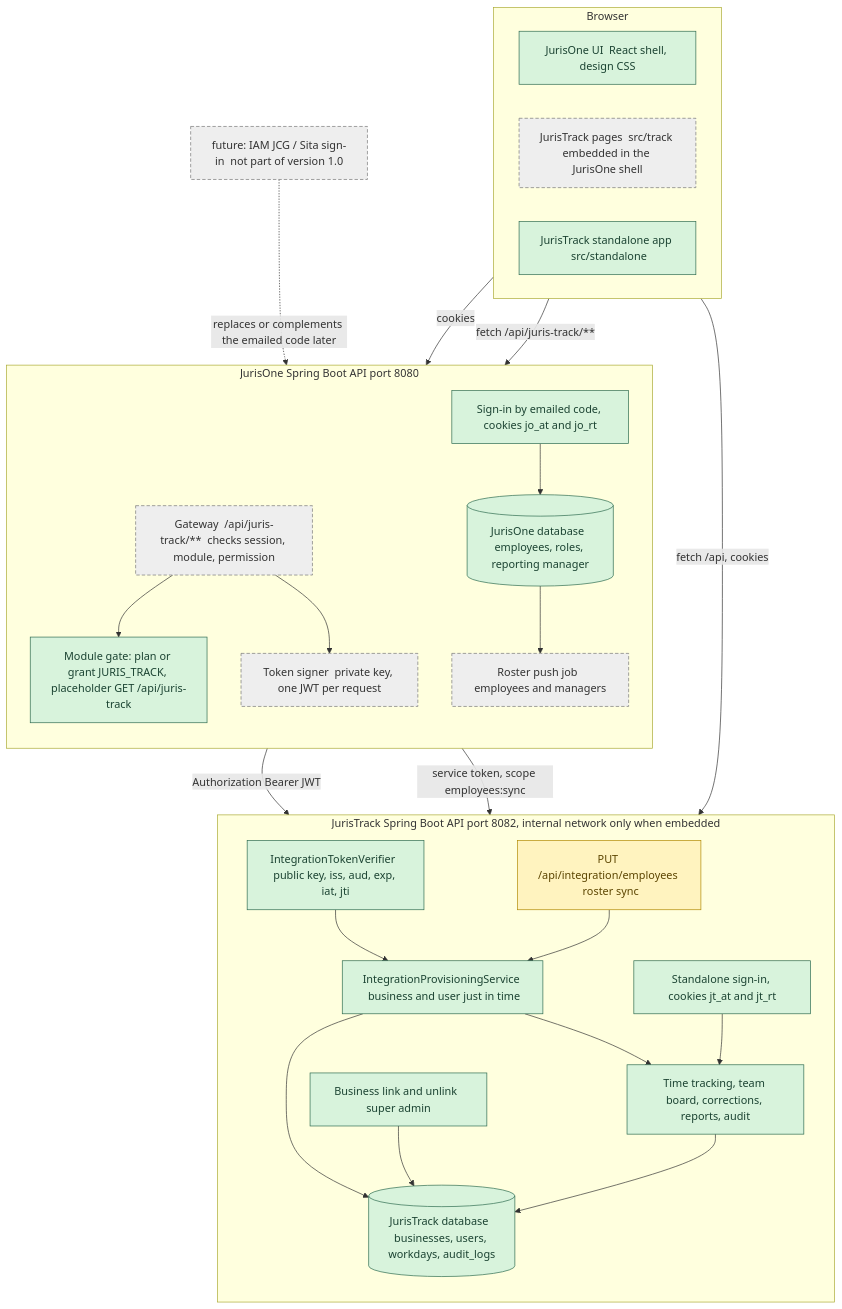
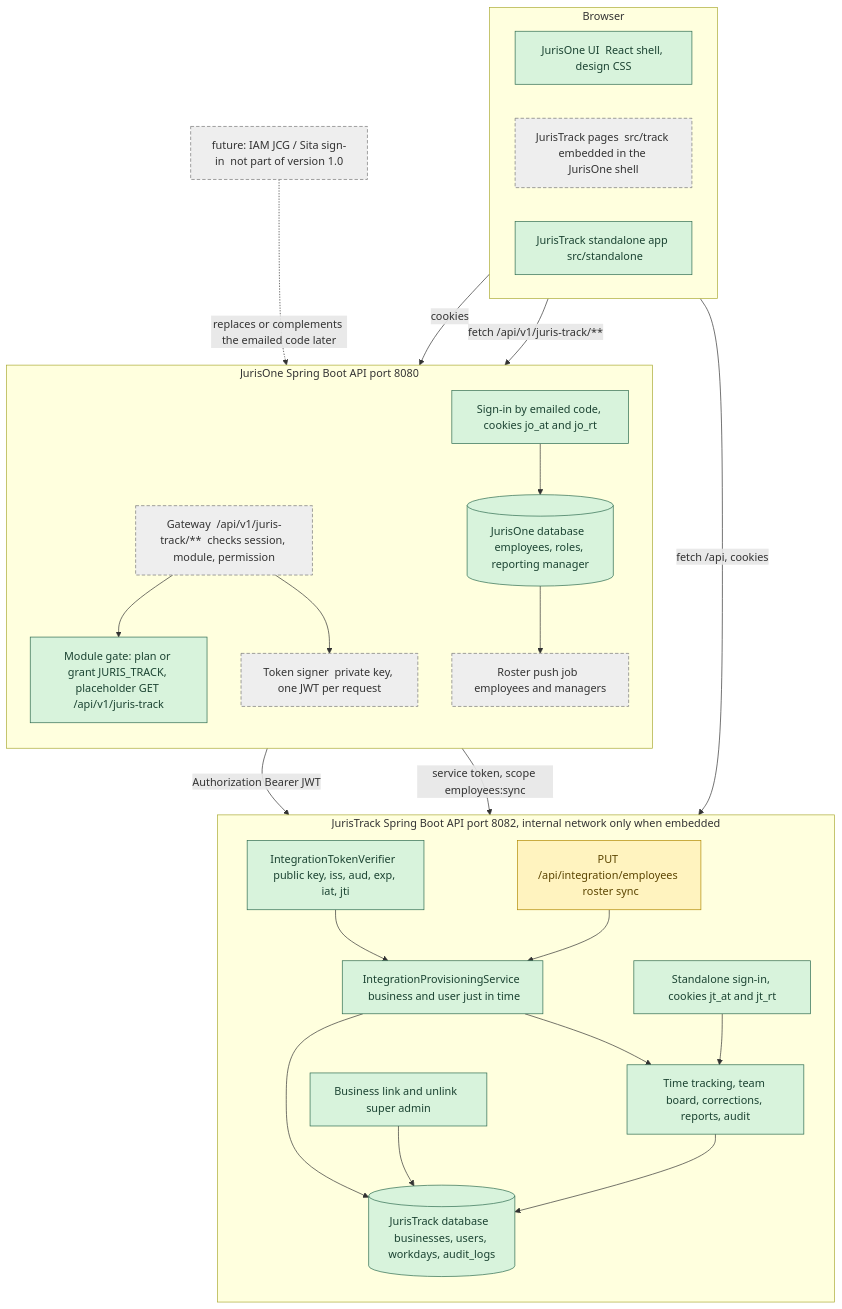
One commit to amitjurislpo/Juris-one changed the second of 6 diagrams in references/FLOW-JurisTrack-JurisOne-Connection.md. Above: the diagram before and after it, drawn with Mermaid. The commit also changed other lines of this file and 95 other files, not shown here.

````diff
--- a/references/FLOW-JurisTrack-JurisOne-Connection.md
+++ b/references/FLOW-JurisTrack-JurisOne-Connection.md
@@ -39,54 +39,54 @@
 ```mermaid
 flowchart TB
     subgraph BROWSER["Browser"]
         direction LR
         UI1["JurisOne UI  React shell, design CSS"]:::built
         UI2["JurisTrack pages  src/track embedded in the JurisOne shell"]:::planned
         UI3["JurisTrack standalone app  src/standalone"]:::built
     end
 
     subgraph JO["JurisOne  Spring Boot  API port 8080"]
         direction TB
         JOAUTH["Sign-in by emailed code, cookies jo_at and jo_rt"]:::built
-        JOGATE["Module gate: plan or grant JURIS_TRACK, placeholder GET /api/juris-track"]:::built
-        GW["Gateway  /api/juris-track/**  checks session, module, permission"]:::planned
+        JOGATE["Module gate: plan or grant JURIS_TRACK, placeholder GET /api/v1/juris-track"]:::built
+        GW["Gateway  /api/v1/juris-track/**  checks session, module, permission"]:::planned
         SIGN["Token signer  private key, one JWT per request"]:::planned
         ROSTERPUSH["Roster push job  employees and managers"]:::planned
         JODB[("JurisOne database  employees, roles, reporting manager")]:::built
     end
 
     subgraph JT["JurisTrack  Spring Boot  API port 8082, internal network only when embedded"]
         direction TB
         VERIFY["IntegrationTokenVerifier  public key, iss, aud, exp, iat, jti"]:::built
         PROV["IntegrationProvisioningService  business and user just in time"]:::built
         LINK["Business link and unlink  super admin"]:::built
         ROSTERAPI["PUT /api/integration/employees  roster sync"]:::specified
         TRACKAUTH["Standalone sign-in, cookies jt_at and jt_rt"]:::built
         CORE["Time tracking, team board, corrections, reports, audit"]:::built
         JTDB[("JurisTrack database  businesses, users, workdays, audit_logs")]:::built
     end
 
     FUTURE["future: IAM JCG / Sita sign-in  not part of version 1.0"]:::planned
 
     UI1 -->|"cookies"| JOAUTH
-    UI2 -->|"fetch /api/juris-track/**"| GW
+    UI2 -->|"fetch /api/v1/juris-track/**"| GW
     UI3 -->|"fetch /api, cookies"| TRACKAUTH
     JOAUTH --> JODB
     GW --> JOGATE
     GW --> SIGN
     SIGN -->|"Authorization Bearer JWT"| VERIFY
     ROSTERPUSH -->|"service token, scope employees:sync"| ROSTERAPI
     JODB --> ROSTERPUSH
     VERIFY --> PROV
     PROV --> CORE
     ROSTERAPI --> PROV
     TRACKAUTH --> CORE
     LINK --> JTDB
     CORE --> JTDB
     PROV --> JTDB
     FUTURE -.->|"replaces or complements the emailed code later"| JOAUTH
 
     classDef built fill:#d8f3dc,stroke:#2d6a4f,color:#1b4332
     classDef specified fill:#fff3bf,stroke:#b08900,color:#5c4500
     classDef planned fill:#eeeeee,stroke:#777777,color:#333333,stroke-dasharray: 5 3
 ```
````
